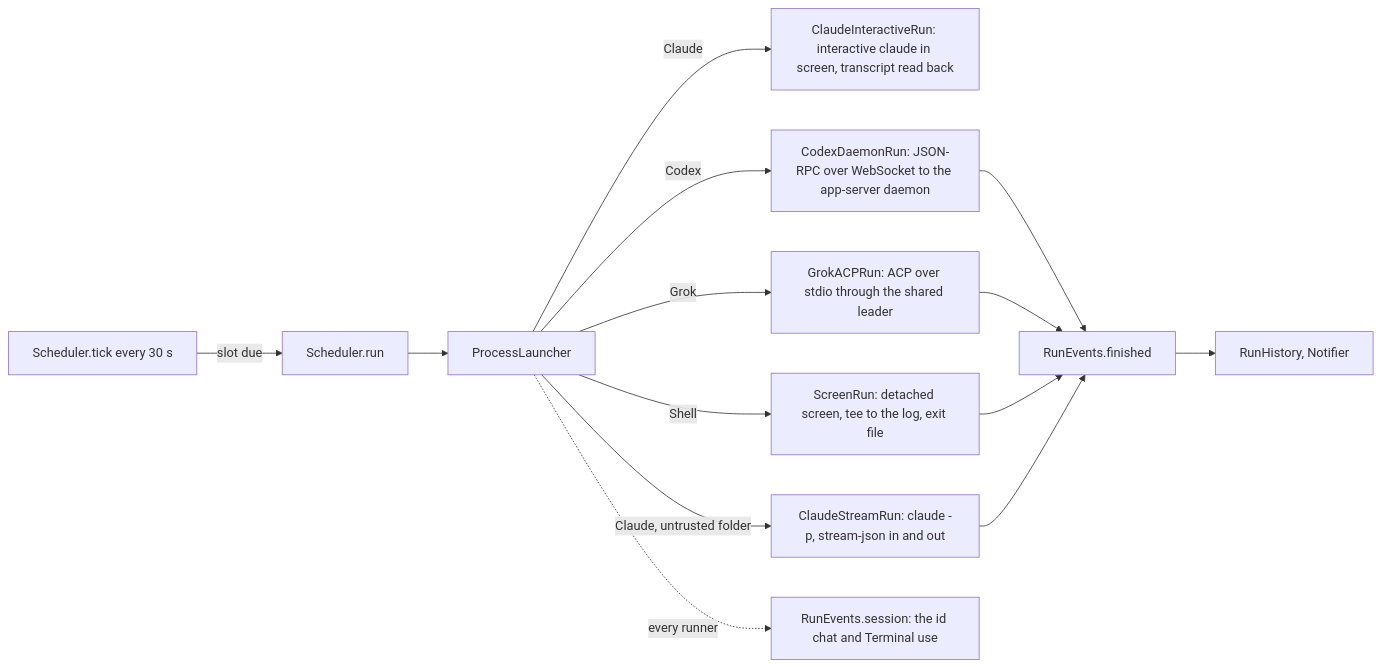
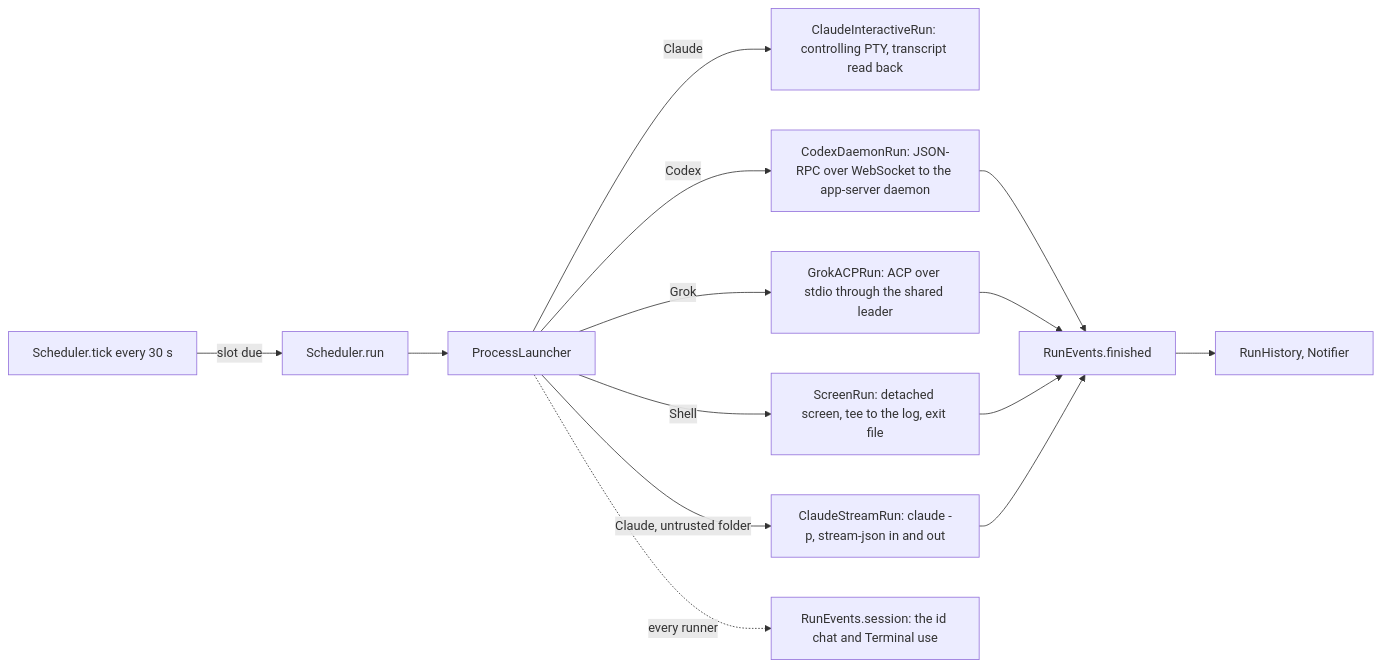
One commit to wiltodelta/rota changed the diagram in docs/architecture.md. Above: the diagram before and after it, drawn with Mermaid. The commit also changed other lines of this file and 66 other files, not shown here.

Commit message:
Add structured chats, attachments, and interactive Claude forms

````diff
--- a/docs/architecture.md
+++ b/docs/architecture.md
@@ -3,16 +3,16 @@
 ```mermaid
 flowchart LR
     Tick[Scheduler.tick every 30 s] -->|slot due| Run[Scheduler.run]
     Run --> Launcher[ProcessLauncher]
-    Launcher -->|Claude| ClaudeTUI[ClaudeInteractiveRun: interactive claude in screen, transcript read back]
+    Launcher -->|Claude| ClaudeTUI[ClaudeInteractiveRun: controlling PTY, transcript read back]
     Launcher -->|Claude, untrusted folder| ClaudeRun[ClaudeStreamRun: claude -p, stream-json in and out]
     Launcher -->|Codex| CodexRun[CodexDaemonRun: JSON-RPC over WebSocket to the app-server daemon]
     Launcher -->|Grok| GrokRun[GrokACPRun: ACP over stdio through the shared leader]
     Launcher -->|Shell| ScreenRun[ScreenRun: detached screen, tee to the log, exit file]
     CodexRun --> Finish[RunEvents.finished]
     GrokRun --> Finish
     ScreenRun --> Finish
     ClaudeRun --> Finish
     Launcher -.->|every runner| Session[RunEvents.session: the id chat and Terminal use]
     Finish --> History[RunHistory, Notifier]
 ```
````
